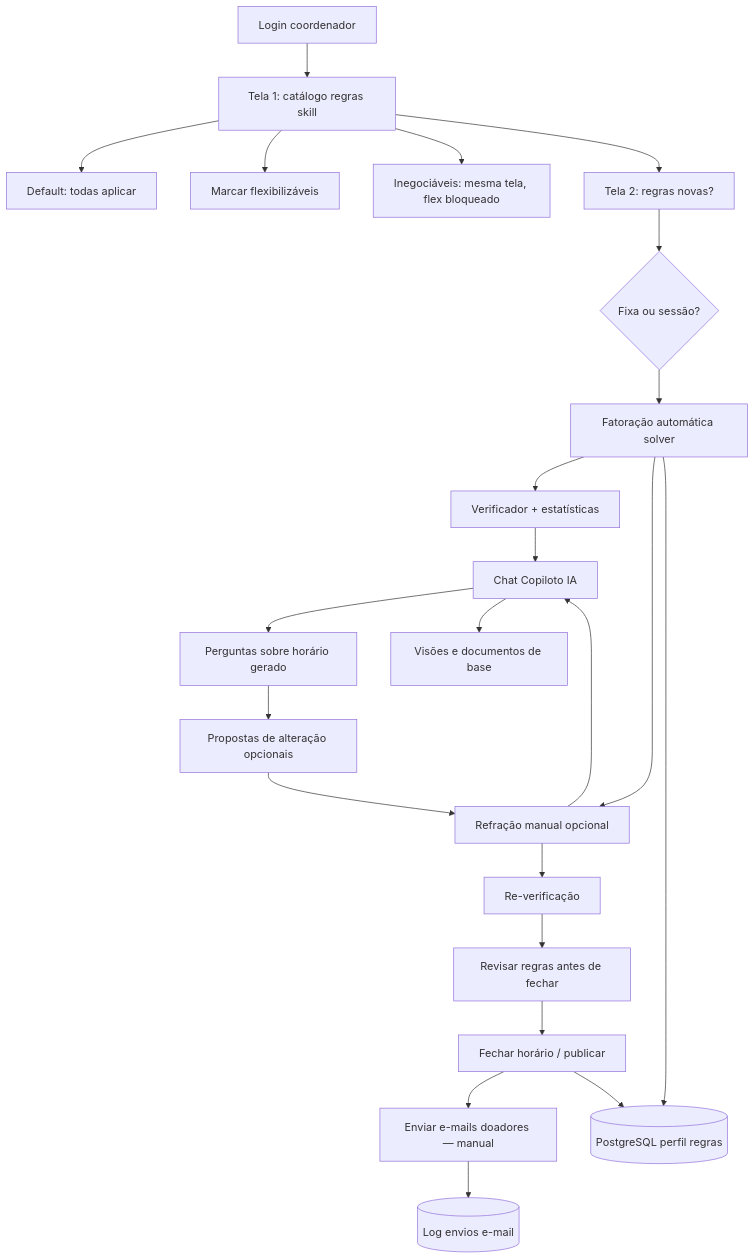
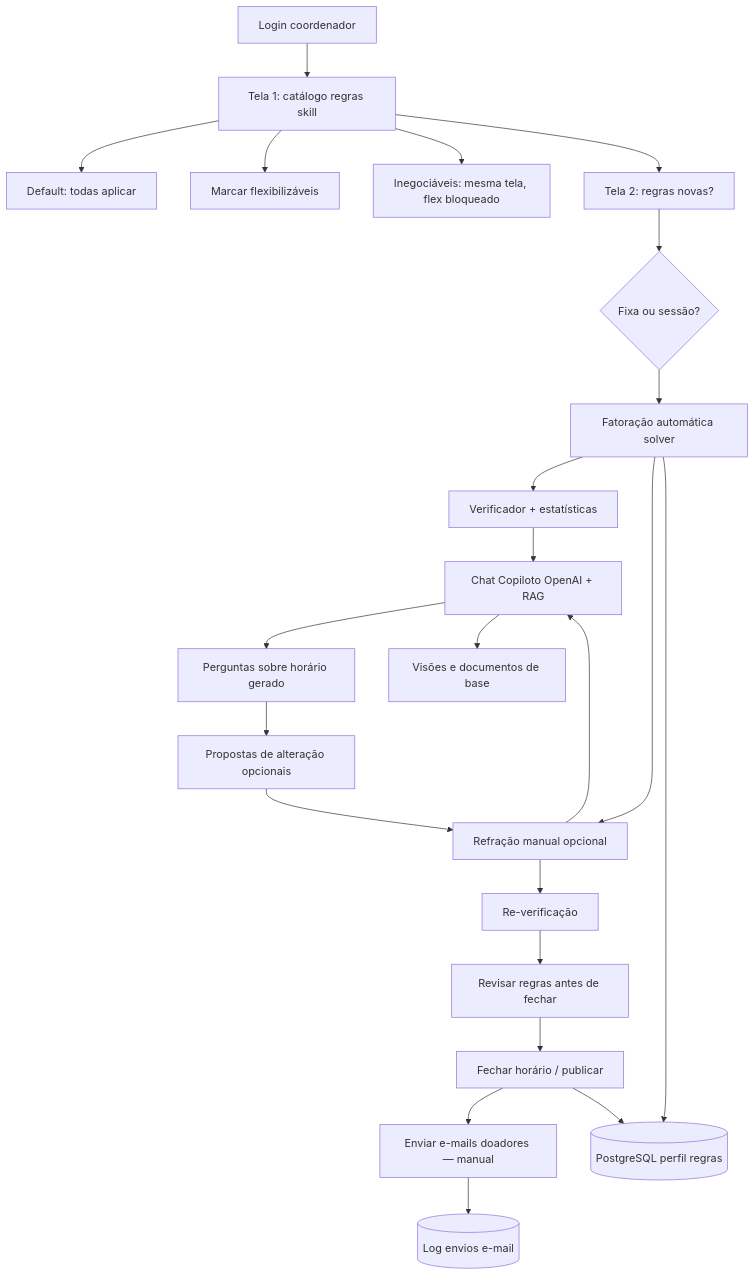
Before and after one commit to cbrener89052/calendarioprovas: the diagram in _reversa_sdd/flowcharts/plataforma-multi-coordenador.md, drawn with Mermaid. The commit also changed 8 other files, not shown here.

First line of the commit message:
docs(reversa): OpenAI + RAG + ações Python no copiloto (ADR-008)

````diff
--- a/_reversa_sdd/flowcharts/plataforma-multi-coordenador.md
+++ b/_reversa_sdd/flowcharts/plataforma-multi-coordenador.md
@@ -5,26 +5,26 @@
 ```mermaid
 flowchart TD
     LOGIN[Login coordenador] --> T1[Tela 1: catálogo regras skill]
     T1 --> D1[Default: todas aplicar]
     T1 --> D2[Marcar flexibilizáveis]
     T1 --> D3[Inegociáveis: mesma tela, flex bloqueado]
     T1 --> T2[Tela 2: regras novas?]
     T2 --> E{Fixa ou sessão?}
     E --> FAT[Fatoração automática solver]
     FAT --> VER0[Verificador + estatísticas]
-    VER0 --> COPILOT[Chat Copiloto IA]
+    VER0 --> COPILOT[Chat Copiloto OpenAI + RAG]
     COPILOT --> QA[Perguntas sobre horário gerado]
     COPILOT --> VIEWS[Visões e documentos de base]
     FAT --> REF[Refração manual opcional]
     REF --> COPILOT
     QA --> PROP[Propostas de alteração opcionais]
     PROP --> REF
     REF --> VER[Re-verificação]
     VER --> GATE[Revisar regras antes de fechar]
     GATE --> FECHAR[Fechar horário / publicar]
     FECHAR --> EMAIL[Enviar e-mails doadores — manual]
     
     FAT --> PG[(PostgreSQL perfil regras)]
     FECHAR --> PG
     EMAIL --> AUDIT[(Log envios e-mail)]
 ```
````
